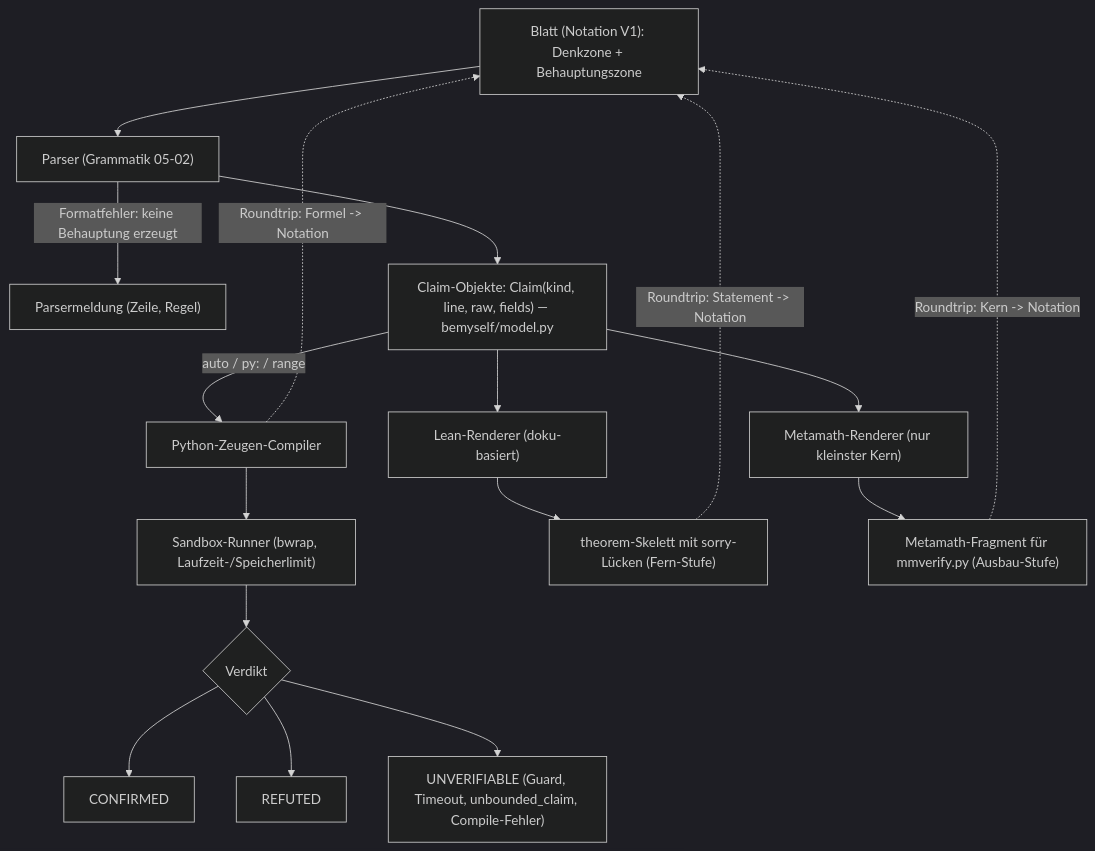
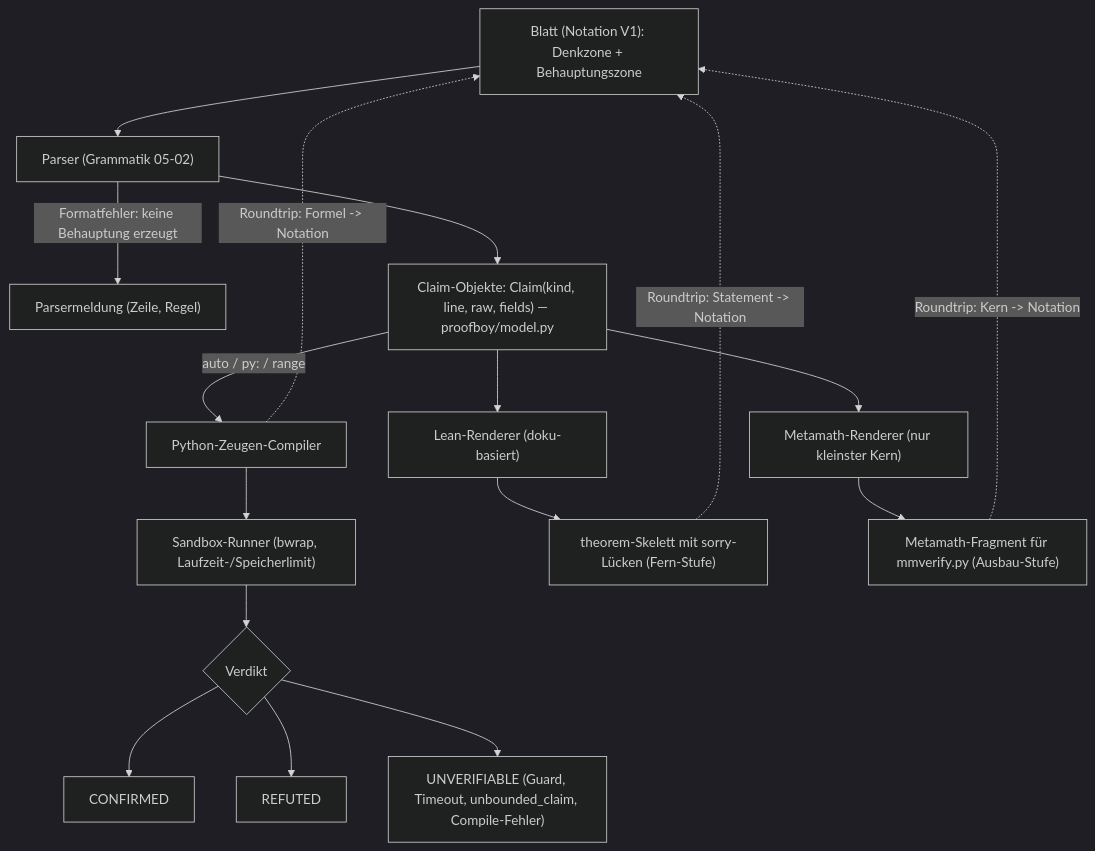
The diagram in yesdocs/deepseek-math-notation/wiki/05-entwurf-testplan/05-03-mapping-formal.md (carsteneu/proofboy), drawn with Mermaid (dark theme) before and after one commit. The commit also changed other lines of this file and 145 other files, not shown here.

Commit message:
refactor: Umbenennung bemyself -> proofboy — Paket, CLI, LEAN-Marker, Env-Vars, Doku (111 Dateien); pruefset aus dem Generator neu erzeugt; Beispiel-Meldung bleibt als historisches Fixture. Verifiziert: Suite 1364 OK, make check 3C/0R/3U, make eval 31/31 · 0,0% falsch

````diff
--- a/yesdocs/deepseek-math-notation/wiki/05-entwurf-testplan/05-03-mapping-formal.md
+++ b/yesdocs/deepseek-math-notation/wiki/05-entwurf-testplan/05-03-mapping-formal.md
@@ -63,19 +63,19 @@
 ```mermaid
 flowchart TD
   A["Blatt (Notation V1): Denkzone + Behauptungszone"] --> B["Parser (Grammatik 05-02)"]
   B -->|"Formatfehler: keine Behauptung erzeugt"| P["Parsermeldung (Zeile, Regel)"]
-  B --> C["Claim-Objekte: Claim(kind, line, raw, fields) — bemyself/model.py"]
+  B --> C["Claim-Objekte: Claim(kind, line, raw, fields) — proofboy/model.py"]
   C -->|"auto / py: / range"| D["Python-Zeugen-Compiler"]
   D --> E["Sandbox-Runner (bwrap, Laufzeit-/Speicherlimit)"]
   E --> F{"Verdikt"}
   F --> G["CONFIRMED"]
   F --> H["REFUTED"]
   F --> I["UNVERIFIABLE (Guard, Timeout, unbounded_claim, Compile-Fehler)"]
   C --> J["Lean-Renderer (doku-basiert)"]
   J --> K["theorem-Skelett mit sorry-Lücken (Fern-Stufe)"]
   C --> L["Metamath-Renderer (nur kleinster Kern)"]
   L --> M["Metamath-Fragment für mmverify.py (Ausbau-Stufe)"]
   D -.->|"Roundtrip: Formel -> Notation"| A
   K -.->|"Roundtrip: Statement -> Notation"| A
   M -.->|"Roundtrip: Kern -> Notation"| A
 ```
````
